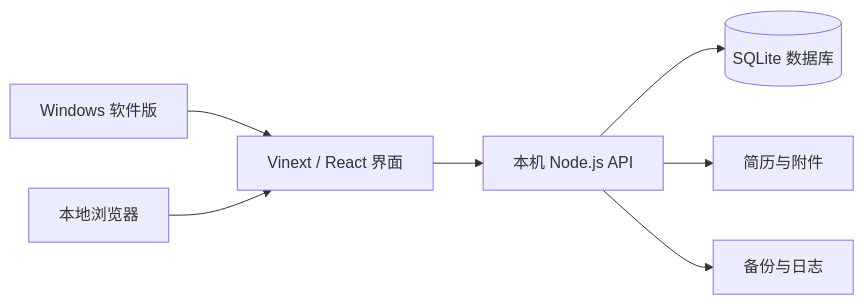
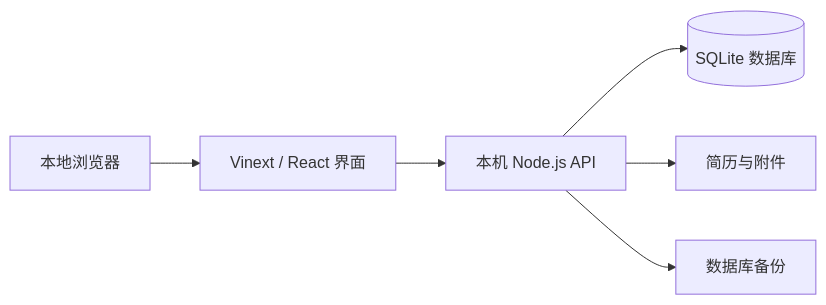
The diagram in README.md (ahao224/AutumnRecruitmentTracker), drawn with Mermaid before and after one commit. The commit also changed other lines of this file and 15 other files, not shown here.

````diff
--- a/README.md
+++ b/README.md
@@ -260,9 +209,8 @@
 ```mermaid
 flowchart LR
-    A[Windows 软件版] --> C[Vinext / React 界面]
-    B[本地浏览器] --> C
-    C --> D[本机 Node.js API]
-    D --> E[(SQLite 数据库)]
-    D --> F[简历与附件]
-    D --> G[备份与日志]
+    A[本地浏览器] --> B[Vinext / React 界面]
+    B --> C[本机 Node.js API]
+    C --> D[(SQLite 数据库)]
+    C --> E[简历与附件]
+    C --> F[数据库备份]
 ```
````
